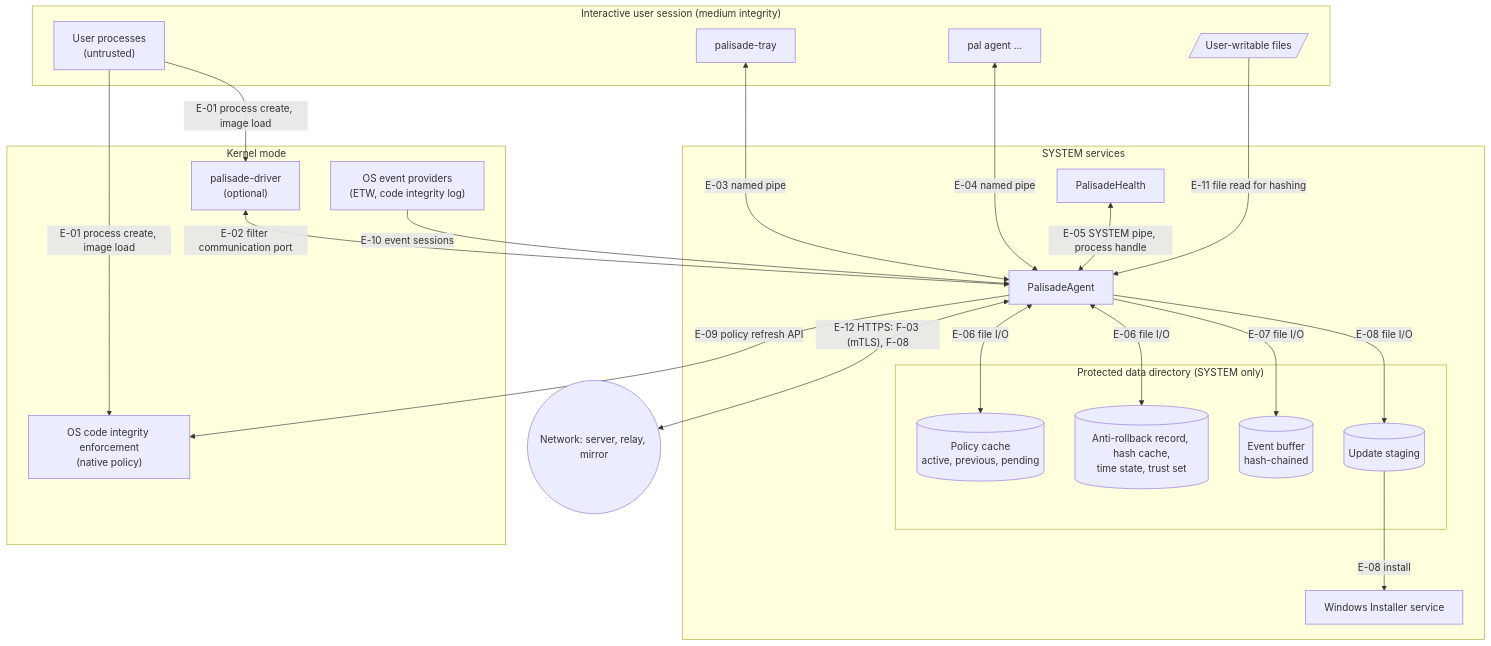
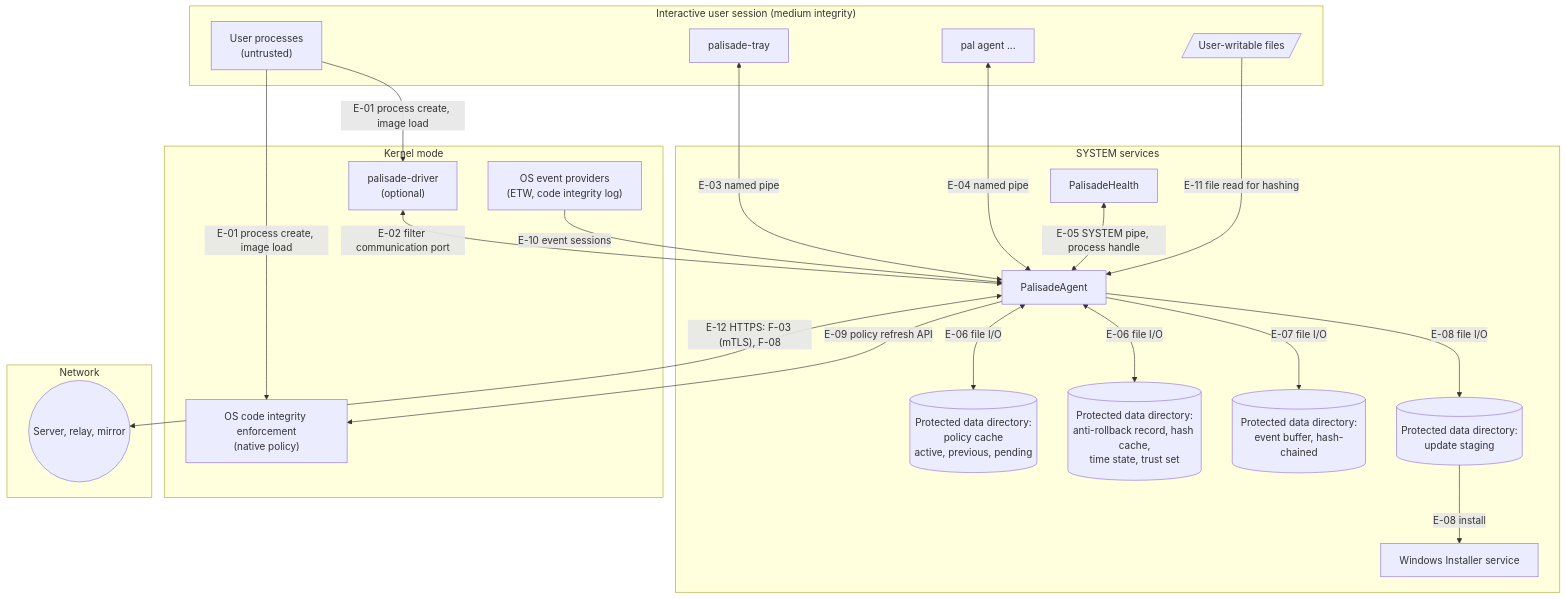
The second of 6 diagrams in docs/security/threat-model.md (jusso-dev/palisade), drawn with Mermaid before and after one commit. The commit also changed other lines of this file, not shown here.

First line of the commit message:
docs(security): fix image-race tree logic and DFD trust zones

````diff
--- a/docs/security/threat-model.md
+++ b/docs/security/threat-model.md
@@ -261,41 +273,41 @@
 ```mermaid
 flowchart TB
   subgraph USER["Interactive user session (medium integrity)"]
     UPROC["User processes<br/>(untrusted)"]
     TRAY["palisade-tray"]
     CLI["pal agent ..."]
     UFILES[/"User-writable files"/]
   end
   subgraph SYS["SYSTEM services"]
     AGENT["PalisadeAgent"]
     HEALTH["PalisadeHealth"]
-    subgraph STORE["Protected data directory (SYSTEM only)"]
-      CACHE[("Policy cache<br/>active, previous, pending")]
-      STATE[("Anti-rollback record, hash cache,<br/>time state, trust set")]
-      EVBUF[("Event buffer<br/>hash-chained")]
-      STAGE[("Update staging")]
-    end
+    CACHE[("Protected data directory:<br/>policy cache<br/>active, previous, pending")]
+    STATE[("Protected data directory:<br/>anti-rollback record, hash cache,<br/>time state, trust set")]
+    EVBUF[("Protected data directory:<br/>event buffer, hash-chained")]
+    STAGE[("Protected data directory:<br/>update staging")]
     MSI["Windows Installer service"]
   end
   subgraph KERN["Kernel mode"]
     DRV["palisade-driver<br/>(optional)"]
     CI["OS code integrity enforcement<br/>(native policy)"]
     ETW["OS event providers<br/>(ETW, code integrity log)"]
   end
-  NET(("Network: server, relay, mirror"))
+  subgraph NETZ["Network"]
+    NET(("Server, relay, mirror"))
+  end
   UPROC -->|"E-01 process create, image load"| CI
   UPROC -->|"E-01 process create, image load"| DRV
   DRV <-->|"E-02 filter communication port"| AGENT
   TRAY <-->|"E-03 named pipe"| AGENT
   CLI <-->|"E-04 named pipe"| AGENT
   HEALTH <-->|"E-05 SYSTEM pipe, process handle"| AGENT
   AGENT <-->|"E-06 file I/O"| CACHE
   AGENT <-->|"E-06 file I/O"| STATE
   AGENT -->|"E-07 file I/O"| EVBUF
   AGENT -->|"E-08 file I/O"| STAGE
   STAGE -->|"E-08 install"| MSI
   AGENT -->|"E-09 policy refresh API"| CI
   ETW -->|"E-10 event sessions"| AGENT
   UFILES -->|"E-11 file read for hashing"| AGENT
   AGENT <-->|"E-12 HTTPS: F-03 (mTLS), F-08"| NET
 ```
````
